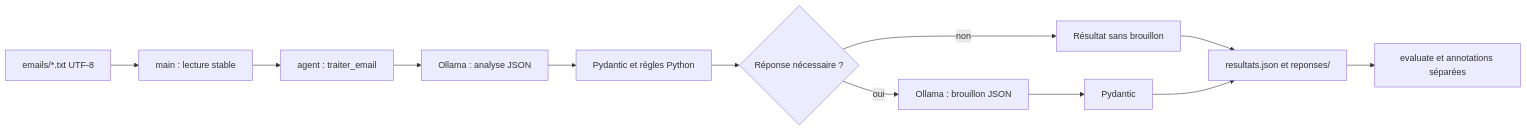
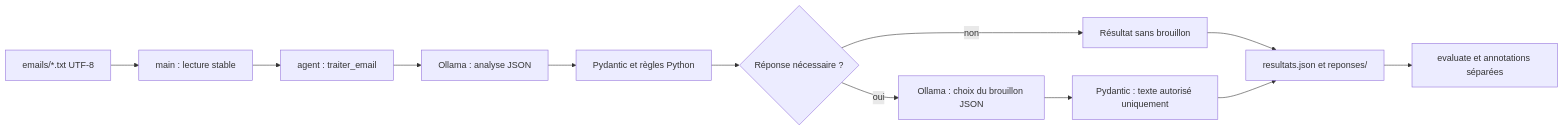
Before and after one commit to bochrakaroui/email-classifier: the diagram in README.md, drawn with Mermaid. The commit also changed other lines of this file and 19 other files, not shown here.

````diff
--- a/README.md
+++ b/README.md
@@ -60,14 +66,14 @@
 ```mermaid
 flowchart LR
     A[emails/*.txt UTF-8] --> B[main : lecture stable]
     B --> C[agent : traiter_email]
     C --> D[Ollama : analyse JSON]
     D --> E[Pydantic et règles Python]
     E --> F{Réponse nécessaire ?}
-    F -->|oui| G[Ollama : brouillon JSON]
+    F -->|oui| G[Ollama : choix du brouillon JSON]
     F -->|non| H[Résultat sans brouillon]
-    G --> I[Pydantic]
+    G --> I[Pydantic : texte autorisé uniquement]
     H --> J[resultats.json et reponses/]
     I --> J
     J --> K[evaluate et annotations séparées]
 ```
````
